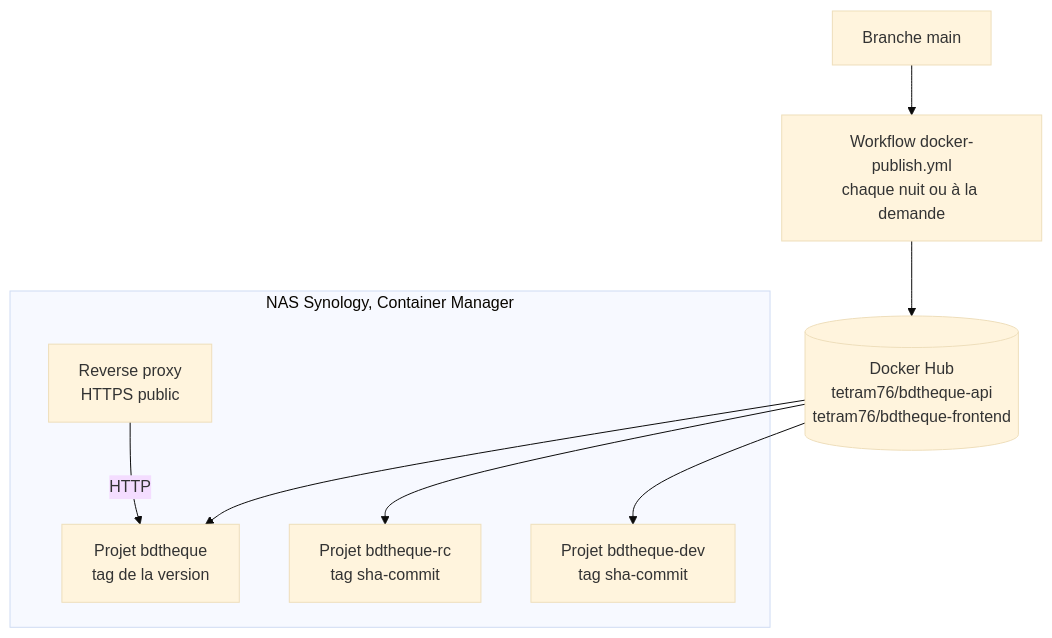
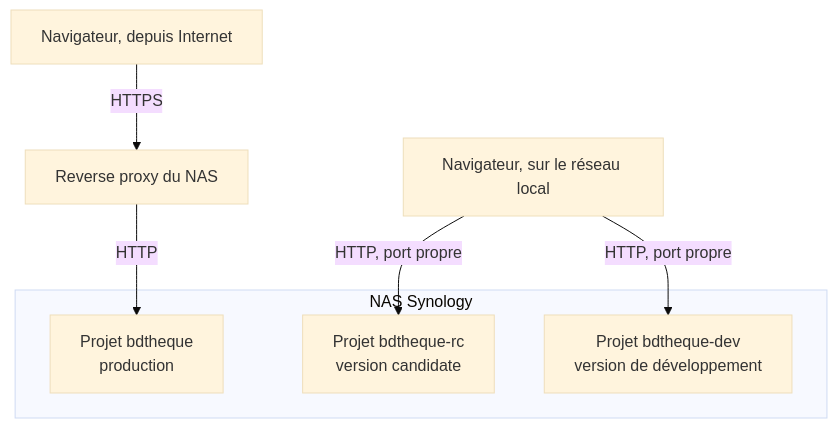
Before and after one commit to Tetram76/bdtheque-claude: the second of 4 diagrams in docs/tech/architecture/deploiement.md, drawn with Mermaid (base theme). The commit also changed other lines of this file and 41 other files, not shown here.

````diff
--- a/docs/tech/architecture/deploiement.md
+++ b/docs/tech/architecture/deploiement.md
@@ -21,18 +48,17 @@
 ```mermaid
 flowchart TB
-    main["Branche main"]
-    publish["Workflow docker-publish.yml<br/>chaque nuit ou à la demande"]
-    hub[("Docker Hub<br/>tetram76/bdtheque-api<br/>tetram76/bdtheque-frontend")]
-    main --> publish --> hub
+    internet["Navigateur, depuis Internet"]
+    local["Navigateur, sur le réseau local"]
+    proxy["Reverse proxy du NAS"]
 
-    subgraph nas["NAS Synology, Container Manager"]
-        proxy["Reverse proxy<br/>HTTPS public"]
-        prod["Projet bdtheque<br/>tag de la version"]
-        rc["Projet bdtheque-rc<br/>tag sha-commit"]
-        dev["Projet bdtheque-dev<br/>tag sha-commit"]
+    subgraph nas["NAS Synology"]
+        prod["Projet bdtheque<br/>production"]
+        rc["Projet bdtheque-rc<br/>version candidate"]
+        dev["Projet bdtheque-dev<br/>version de développement"]
     end
-    hub --> prod
-    hub --> rc
-    hub --> dev
+
+    internet -- "HTTPS" --> proxy
     proxy -- "HTTP" --> prod
+    local -- "HTTP, port propre" --> rc
+    local -- "HTTP, port propre" --> dev
 ```
````
